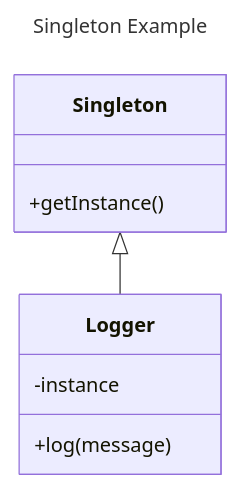
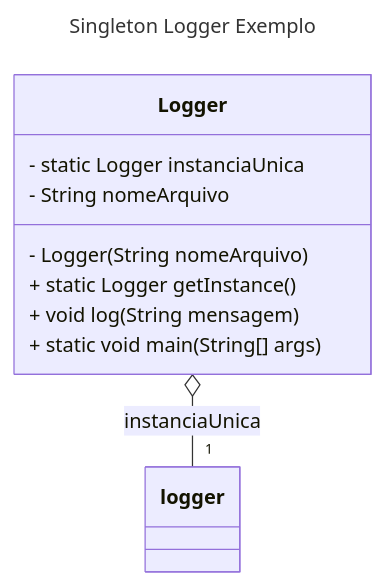
One commit to AdrianoVictorCode/seminario-ppr-criacional-singleton-multiton changed the first of 2 diagrams in README.md. Above: the diagram before and after it, drawn with Mermaid. The commit also changed other lines of this file, not shown here.

````diff
--- a/README.md
+++ b/README.md
@@ -41,10 +41,16 @@
 ```mermaid
 ---
-title: Singleton Example
+title: Singleton Logger Exemplo
 ---
 classDiagram
-    Singleton <|-- Logger
-    Singleton : +getInstance()
-    Logger : -instance
-    Logger : +log(message)
+    class Logger {
+        - static Logger instanciaUnica
+        - String nomeArquivo
+        - Logger(String nomeArquivo)
+        + static Logger getInstance()
+        + void log(String mensagem)
+        + static void main(String[] args)
+    }
+
+    Logger o-- "1" logger : instanciaUnica
 ```
````
